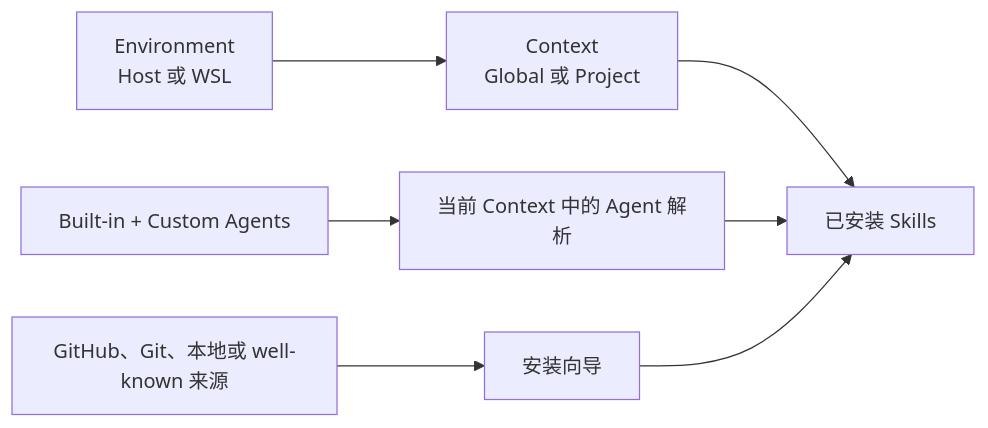
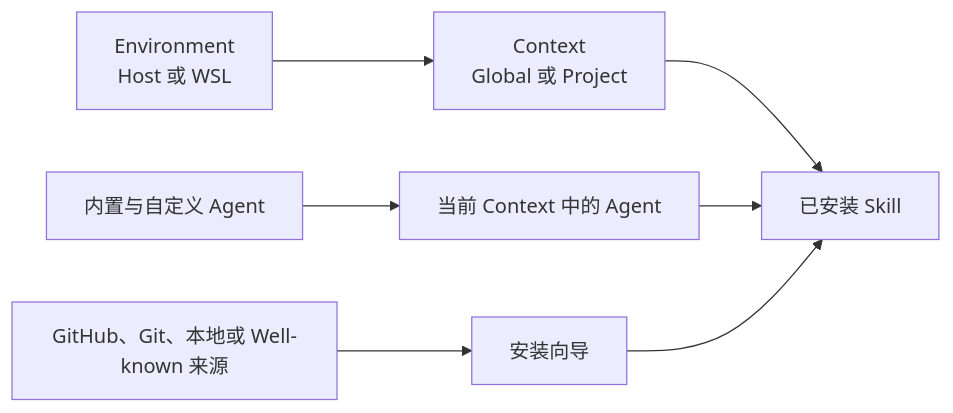
Before and after one commit to Hccake/skill-deck: the first of 3 diagrams in docs/product.md, drawn with Mermaid. The commit also changed other lines of this file and 3 other files, not shown here.

````diff
--- a/docs/product.md
+++ b/docs/product.md
@@ -13,9 +13,9 @@
 ```mermaid
 flowchart LR
     Environment["Environment\nHost 或 WSL"] --> Context["Context\nGlobal 或 Project"]
-    Context --> Skills["已安装 Skills"]
-    Registry["Built-in + Custom Agents"] --> Resolution["当前 Context 中的 Agent 解析"]
+    Context --> Skills["已安装 Skill"]
+    Registry["内置与自定义 Agent"] --> Resolution["当前 Context 中的 Agent"]
     Resolution --> Skills
-    Source["GitHub、Git、本地或 well-known 来源"] --> Wizard["安装向导"]
+    Source["GitHub、Git、本地或 Well-known 来源"] --> Wizard["安装向导"]
     Wizard --> Skills
 ```
````
